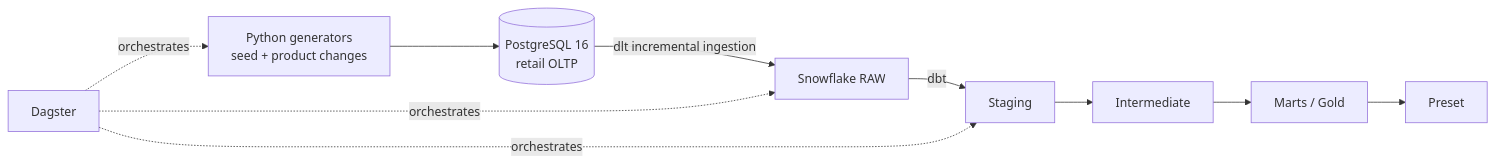
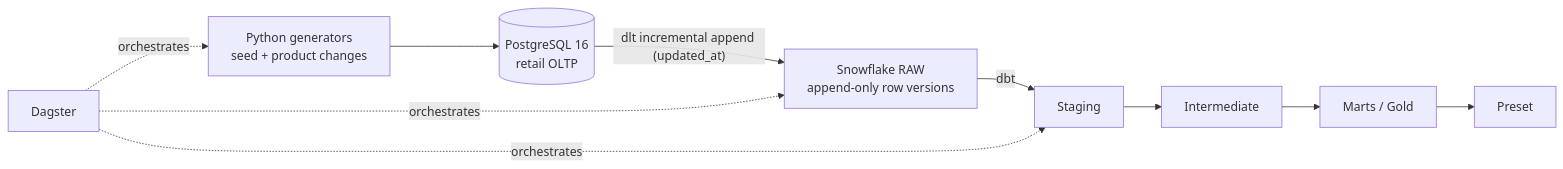
The diagram in docs/Project-Spec.md (whtbl3/retail-pulse), drawn with Mermaid before and after one commit. The commit also changed other lines of this file and 15 other files, not shown here.

First line of the commit message:
feat: append ingestion, employee transfers, data modeling docs, snowflake init

````diff
--- a/docs/Project-Spec.md
+++ b/docs/Project-Spec.md
@@ -74,12 +74,12 @@
 ```mermaid
 flowchart LR
     GEN["Python generators<br/>seed + product changes"] --> PG[("PostgreSQL 16<br/>retail OLTP")]
-    PG -->|"dlt incremental ingestion"| RAW["Snowflake RAW"]
+    PG -->|"dlt incremental append (updated_at)"| RAW["Snowflake RAW<br/>append-only row versions"]
     RAW -->|"dbt"| STG["Staging"]
     STG --> INT["Intermediate"]
     INT --> MART["Marts / Gold"]
     MART --> BI["Preset"]
     DAG["Dagster"] -. orchestrates .-> GEN
     DAG -. orchestrates .-> RAW
     DAG -. orchestrates .-> STG
 ```
````
